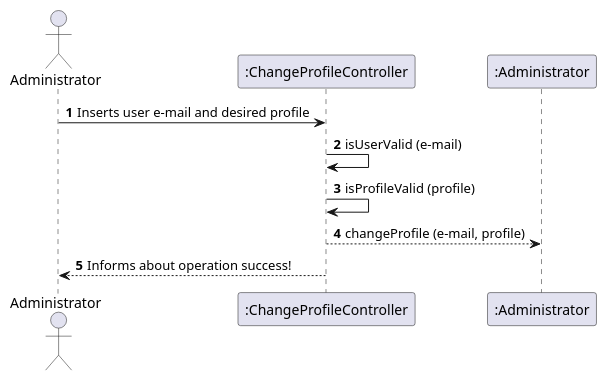
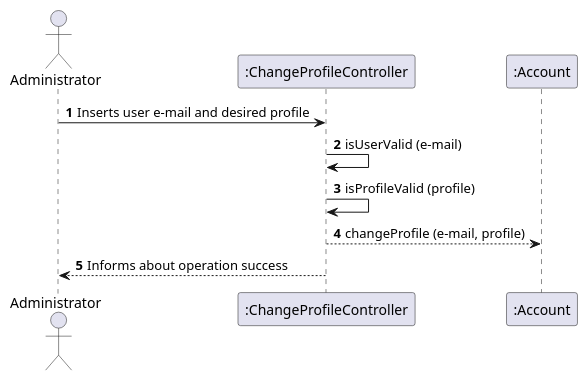
One commit to Loracline/project_switch_22-23 changed the diagram in docs/modelling_design/user_stories/us003/US003_Sequence_Diagram.puml. Above: the diagram before and after it, drawn with PlantUML. The commit also changed 1 other file, not shown here.

Commit message:
US003 : Design : Simplification of Sequence Diagram and Sequence Diagram (Use Case: to change profile).

```diff
--- a/docs/modelling_design/user_stories/us003/US003_Sequence_Diagram.puml
+++ b/docs/modelling_design/user_stories/us003/US003_Sequence_Diagram.puml
@@ -2,18 +2,18 @@
 @startuml
 'https://plantuml.com/sequence-diagram
 autonumber
 actor Administrator
 participant ":ChangeProfileController" as Controller
-participant ":Administrator" as admin
+participant ":Account" as account
 
 Administrator -> Controller: Inserts user e-mail and desired profile
 
 
 Controller -> Controller: isUserValid (e-mail)
 Controller -> Controller: isProfileValid (profile)
 
-Controller --> admin: changeProfile (e-mail, profile)
+Controller --> account: changeProfile (e-mail, profile)
 
 
- Controller --> Administrator: Informs about operation success!
+ Controller --> Administrator: Informs about operation success
 @enduml
```
